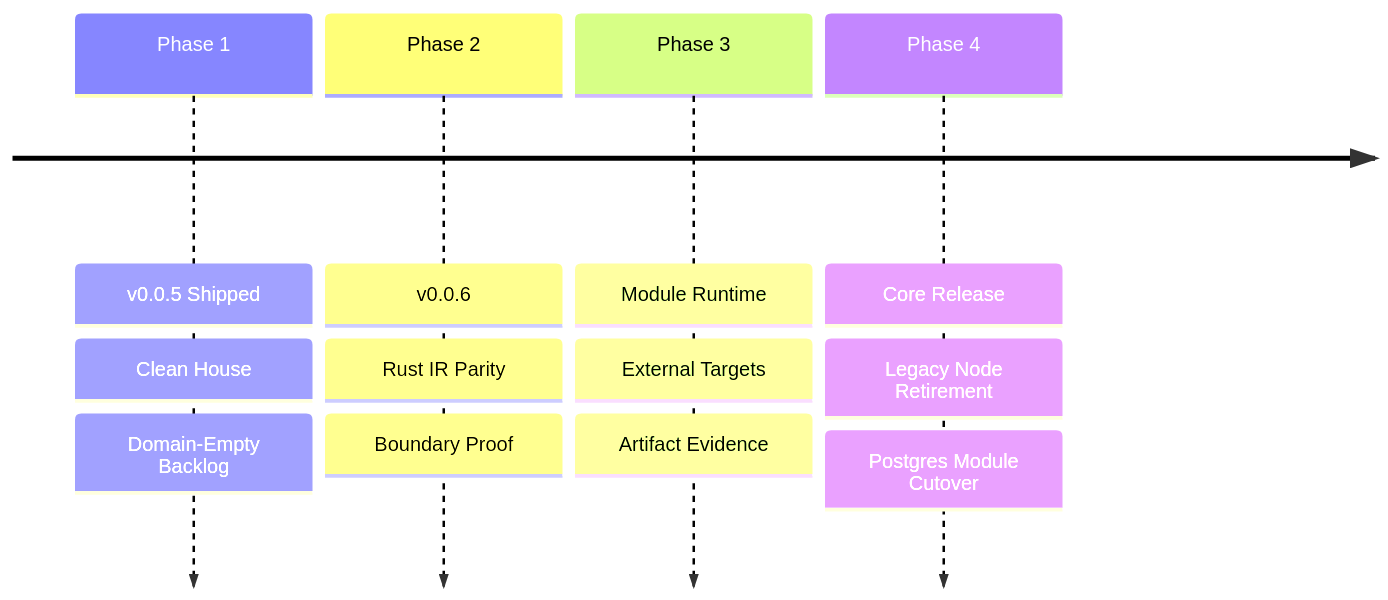
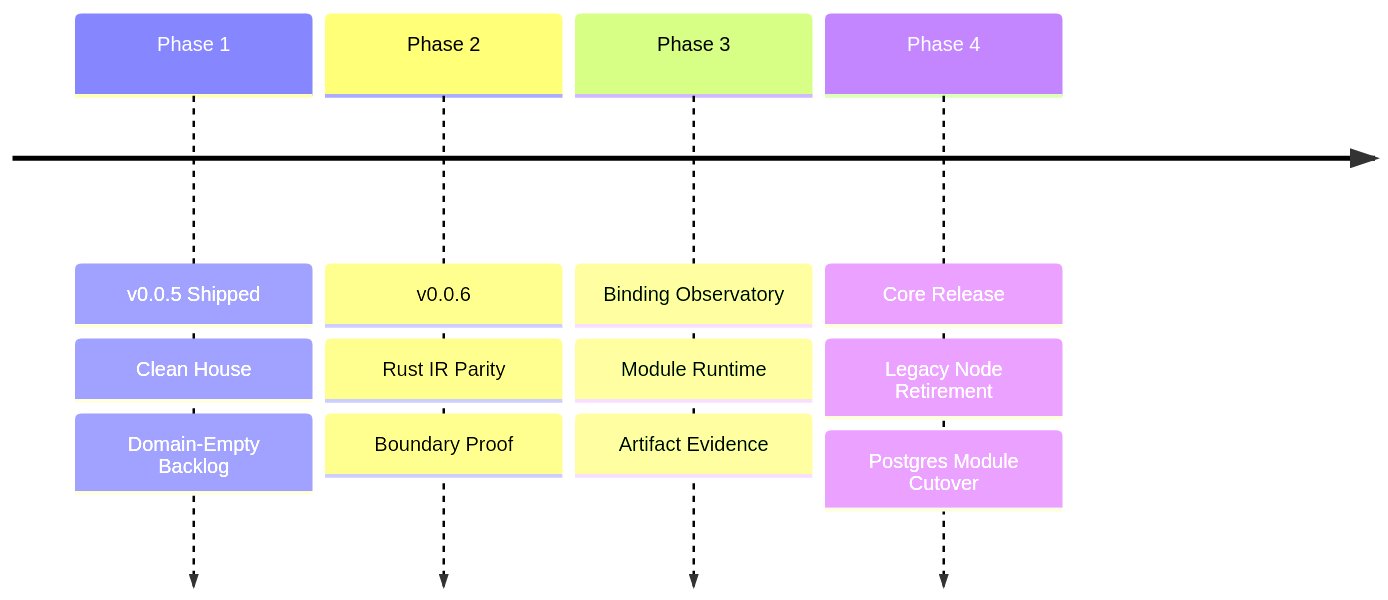
The diagram in docs/BEARING.md (flyingrobots/wesley), drawn with Mermaid before and after one commit. The commit also changed other lines of this file and 16 other files, not shown here.

Commit message:
feat: add rust core binding observatory

````diff
--- a/docs/BEARING.md
+++ b/docs/BEARING.md
@@ -8,7 +8,7 @@
 ```mermaid
 timeline
     Phase 1 : v0.0.5 Shipped : Clean House : Domain-Empty Backlog
     Phase 2 : v0.0.6 : Rust IR Parity : Boundary Proof
-    Phase 3 : Module Runtime : External Targets : Artifact Evidence
+    Phase 3 : Binding Observatory : Module Runtime : Artifact Evidence
     Phase 4 : Core Release : Legacy Node Retirement : Postgres Module Cutover
 ```
````
